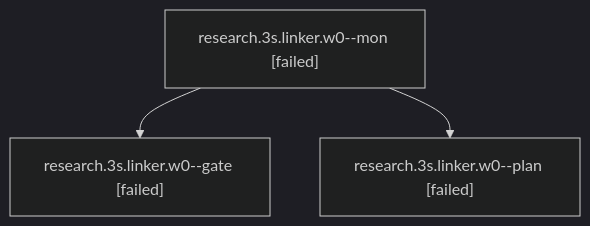
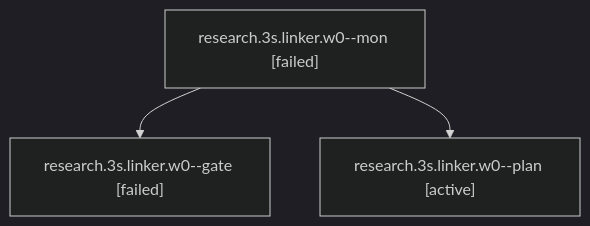
The diagram in sessions/bbugyi200.athena.research.3s.linker.w0.md (bobs-org/bob-cli--agents), drawn with Mermaid (dark theme) before and after one commit. The commit also changed other lines of this file and 221 other files, not shown here.

````diff
--- a/sessions/bbugyi200.athena.research.3s.linker.w0.md
+++ b/sessions/bbugyi200.athena.research.3s.linker.w0.md
@@ -9,8 +9,8 @@
 ```mermaid
 flowchart TD
   n0["research.3s.linker.w0--mon [failed]"]
   n1["research.3s.linker.w0--gate [failed]"]
   n0 --> n1
-  n2["research.3s.linker.w0--plan [failed]"]
+  n2["research.3s.linker.w0--plan [active]"]
   n0 --> n2
 ```
````
